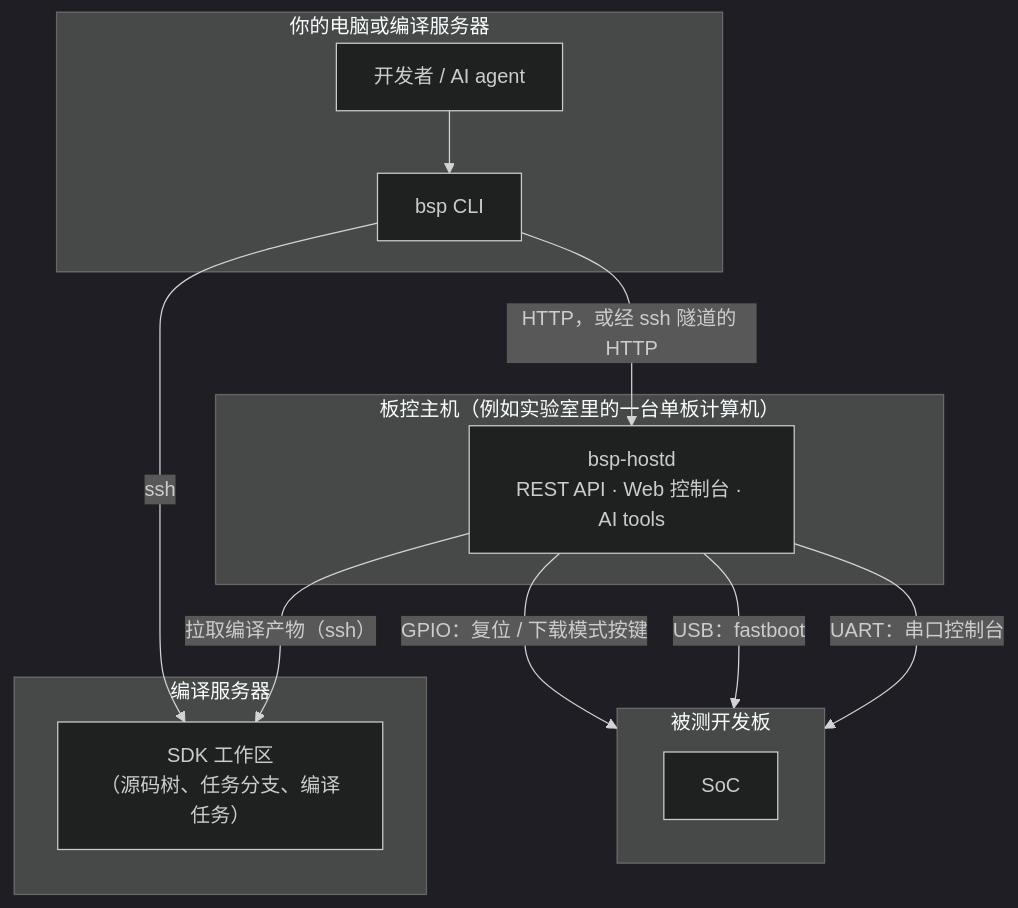
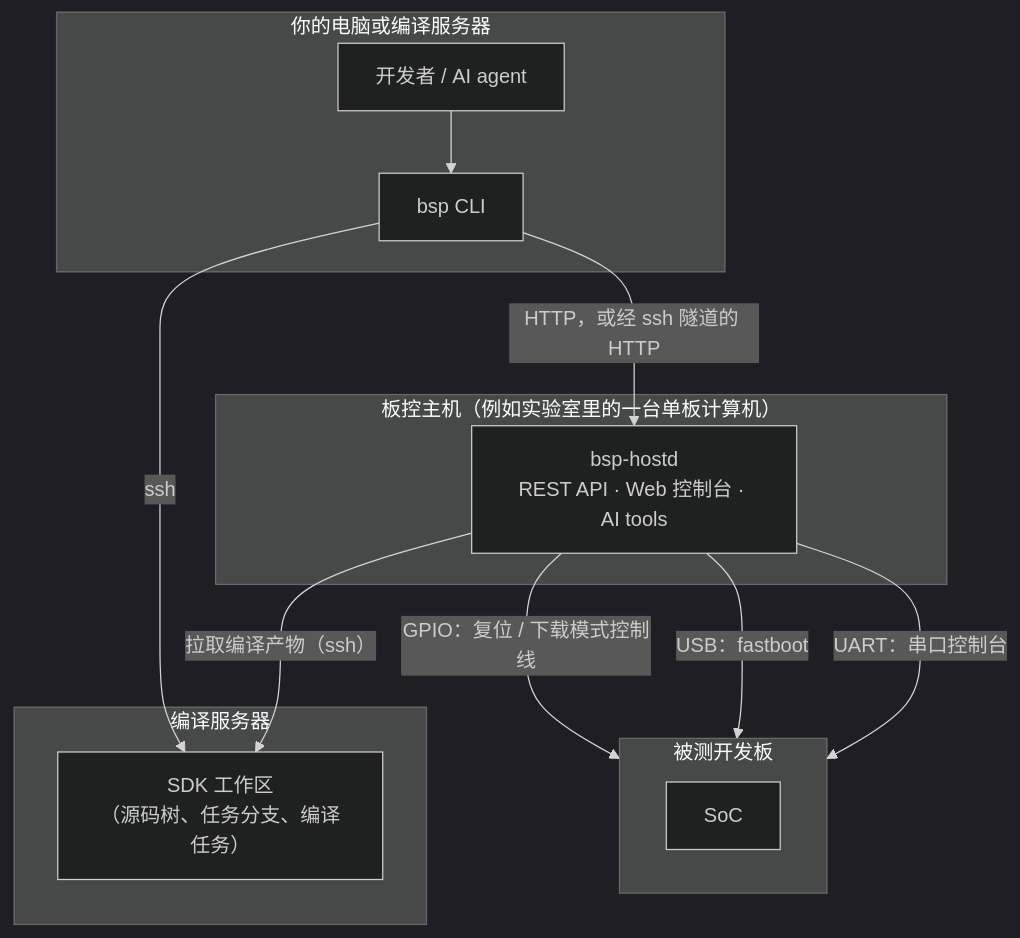
Before and after one commit to rzbdz/remote-embedded-ai-workflow: the diagram in README.zh-CN.md, drawn with Mermaid (dark theme). The commit also changed other lines of this file and 22 other files, not shown here.

````diff
--- a/README.zh-CN.md
+++ b/README.zh-CN.md
@@ -96,21 +97,21 @@
 ```mermaid
 flowchart TB
   subgraph you["你的电脑或编译服务器"]
     user["开发者 / AI agent"] --> cli["bsp CLI"]
   end
   subgraph build["编译服务器"]
     tree["SDK 工作区<br/>（源码树、任务分支、编译任务）"]
   end
   subgraph lab["板控主机（例如实验室里的一台单板计算机）"]
     hostd["bsp-hostd<br/>REST API · Web 控制台 · AI tools"]
   end
   subgraph dut["被测开发板"]
     soc["SoC"]
   end
   cli -- "ssh" --> tree
   cli -- "HTTP，或经 ssh 隧道的 HTTP" --> hostd
   hostd -- "拉取编译产物（ssh）" --> tree
-  hostd -- "GPIO：复位 / 下载模式按键" --> dut
+  hostd -- "GPIO：复位 / 下载模式控制线" --> dut
   hostd -- "USB：fastboot" --> dut
   hostd -- "UART：串口控制台" --> dut
 ```
````
